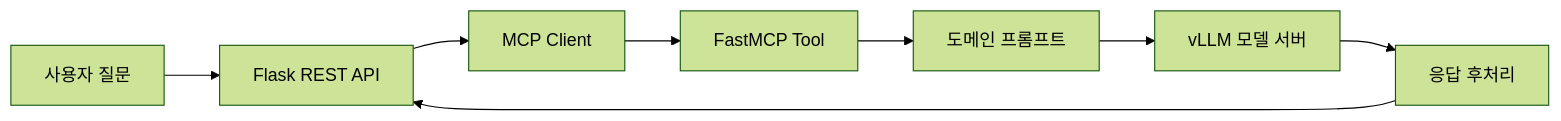
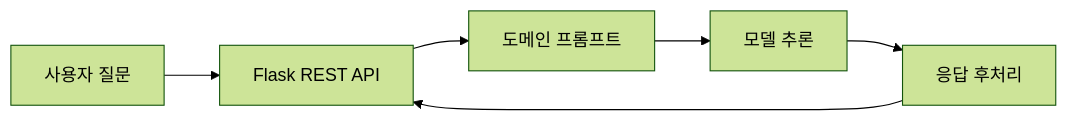
One commit to ahnjh97/AI_Projects changed the diagram in 3차 Project(LLM Fine-Tuning)/README.md. Above: the diagram before and after it, drawn with Mermaid (forest theme). The commit also changed other lines of this file and 3 other files, not shown here.

````diff
--- a/3차 Project(LLM Fine-Tuning)/README.md
+++ b/3차 Project(LLM Fine-Tuning)/README.md
@@ -53,10 +50,8 @@
 ```mermaid
 flowchart LR
     U[사용자 질문] --> F[Flask REST API]
-    F --> C[MCP Client]
-    C --> M[FastMCP Tool]
-    M --> P[도메인 프롬프트]
-    P --> V[vLLM 모델 서버]
+    F --> P[도메인 프롬프트]
+    P --> V[모델 추론]
     V --> R[응답 후처리]
     R --> F
 ```
````
